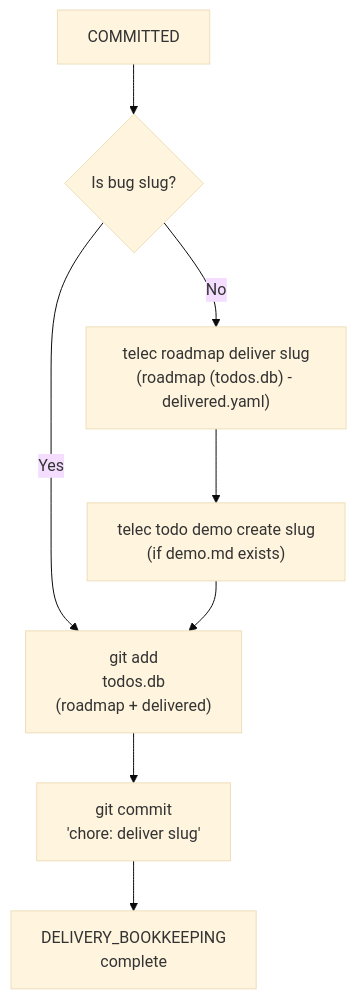
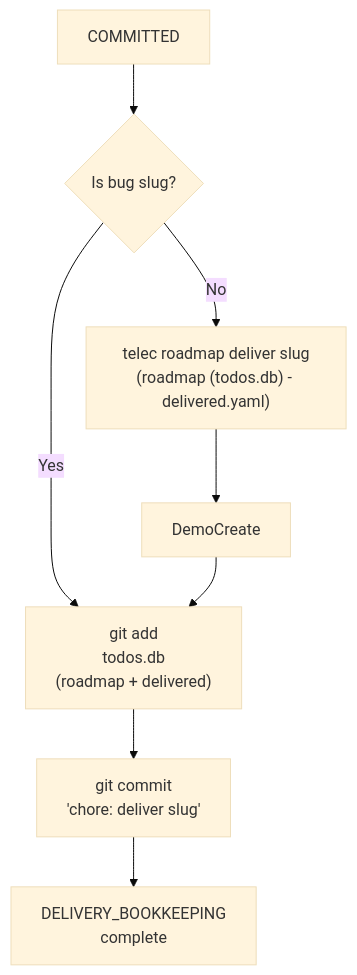
Before and after one commit to InstruktAI/TeleClaude: the tenth of 12 diagrams in docs/project/design/architecture/integration-state-machine.md, drawn with Mermaid (base theme). The commit also changed other lines of this file and 49 other files, not shown here.

````diff
--- a/docs/project/design/architecture/integration-state-machine.md
+++ b/docs/project/design/architecture/integration-state-machine.md
@@ -449,22 +449,21 @@
 ```mermaid
 flowchart TD
     Committed["COMMITTED"]
 
     IsBug{"Is bug slug?"}
 
     Deliver["telec roadmap deliver slug<br/>(roadmap (todos.db) - delivered.yaml)"]
-    DemoCreate["telec todo demo create slug<br/>(if demo.md exists)"]
 
     Stage["git add<br/>todos.db<br/>(roadmap + delivered)"]
     Commit["git commit<br/>'chore: deliver slug'"]
 
     Push["DELIVERY_BOOKKEEPING<br/>complete"]
 
     Committed --> IsBug
     IsBug -->|"No"| Deliver
     IsBug -->|"Yes"| Stage
     Deliver --> DemoCreate
     DemoCreate --> Stage
     Stage --> Commit
     Commit --> Push
 ```
````
